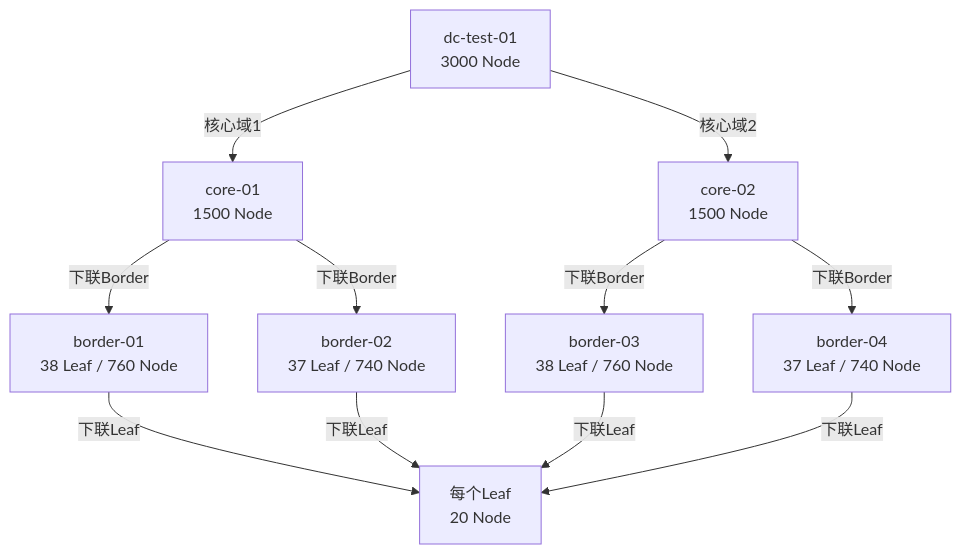
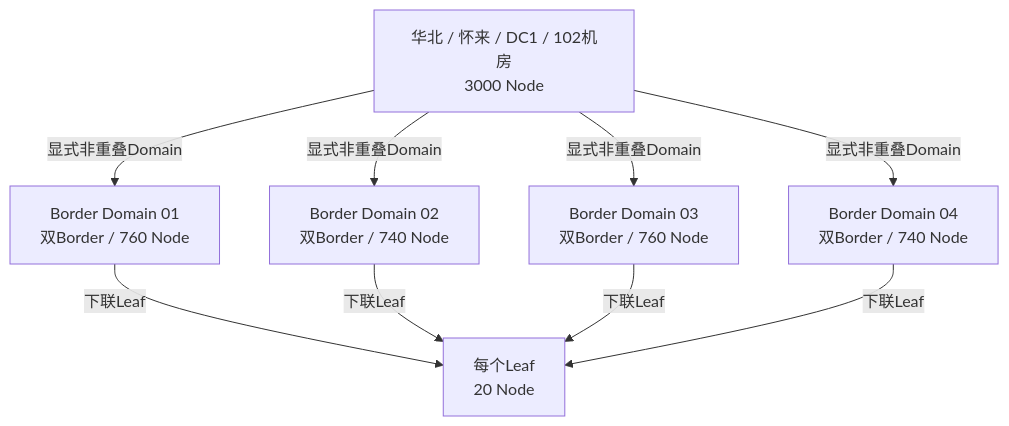
One commit to ghwdsl-38/ngd-ngg-scheduling changed the second of 2 diagrams in go_test_suites/scale_benchmark_3000/README.md. Above: the diagram before and after it, drawn with Mermaid. The commit also changed other lines of this file and 101 other files, not shown here.

Commit message:
feat: add Unicom border-domain topology scheduling

````diff
--- a/go_test_suites/scale_benchmark_3000/README.md
+++ b/go_test_suites/scale_benchmark_3000/README.md
@@ -88,22 +87,18 @@
 ```mermaid
 flowchart TB
-    DC[dc-test-01<br/>3000 Node]
-    C1[core-01<br/>1500 Node]
-    C2[core-02<br/>1500 Node]
-    B1[border-01<br/>38 Leaf / 760 Node]
-    B2[border-02<br/>37 Leaf / 740 Node]
-    B3[border-03<br/>38 Leaf / 760 Node]
-    B4[border-04<br/>37 Leaf / 740 Node]
+    DC[华北 / 怀来 / DC1 / 102机房<br/>3000 Node]
+    B1[Border Domain 01<br/>双Border / 760 Node]
+    B2[Border Domain 02<br/>双Border / 740 Node]
+    B3[Border Domain 03<br/>双Border / 760 Node]
+    B4[Border Domain 04<br/>双Border / 740 Node]
     L[每个Leaf<br/>20 Node]
 
-    DC -->|核心域1| C1
-    DC -->|核心域2| C2
-    C1 -->|下联Border| B1
-    C1 -->|下联Border| B2
-    C2 -->|下联Border| B3
-    C2 -->|下联Border| B4
+    DC -->|显式非重叠Domain| B1
+    DC -->|显式非重叠Domain| B2
+    DC -->|显式非重叠Domain| B3
+    DC -->|显式非重叠Domain| B4
     B1 -->|下联Leaf| L
     B2 -->|下联Leaf| L
     B3 -->|下联Leaf| L
     B4 -->|下联Leaf| L
 ```
````
